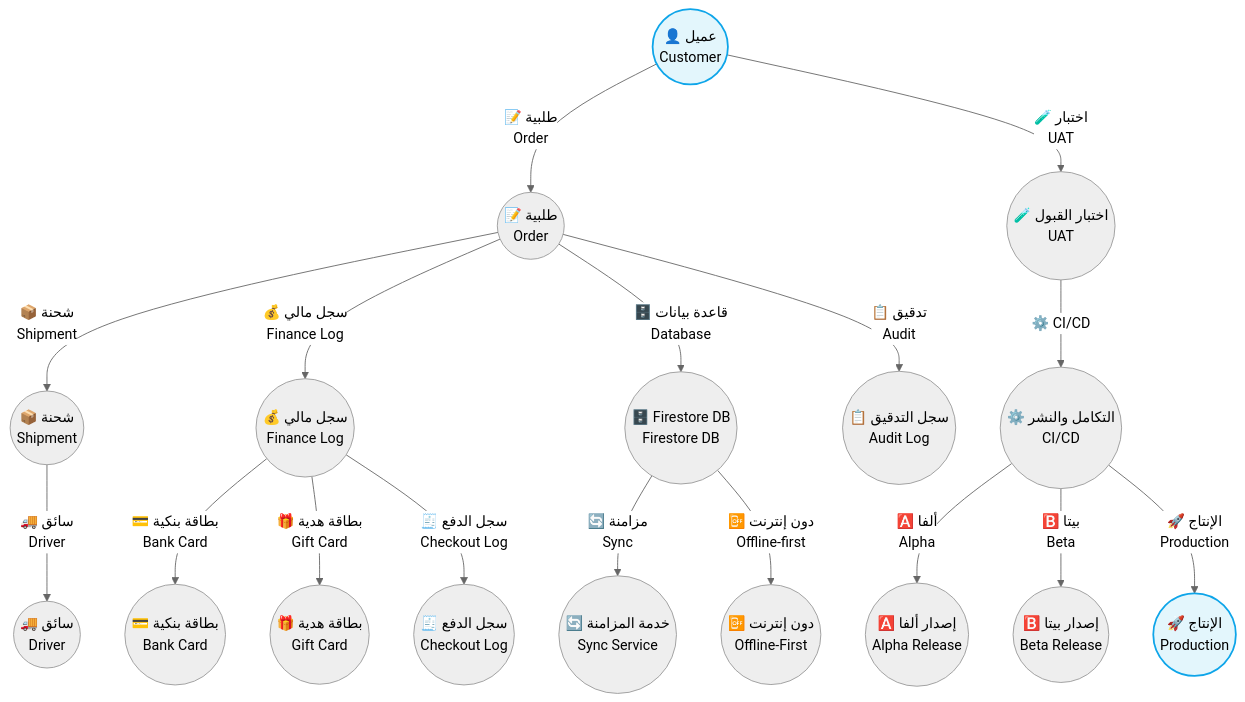
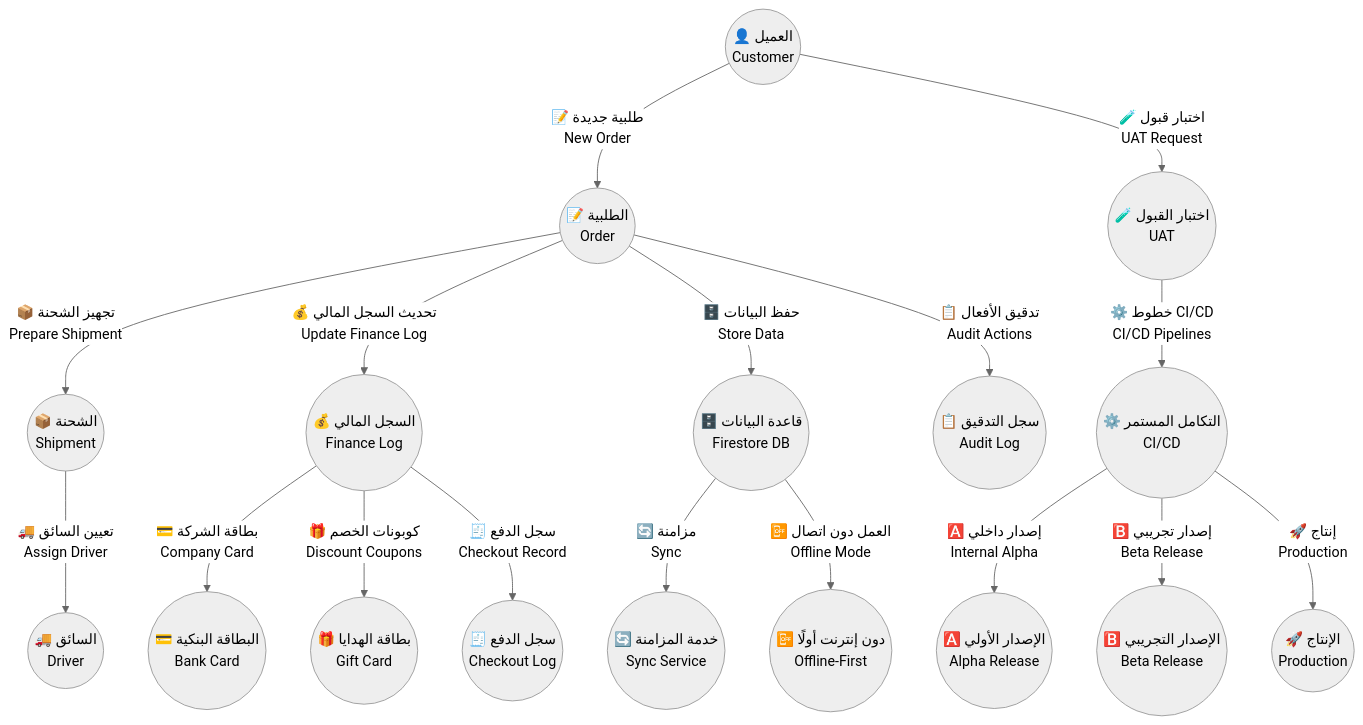
Before and after one commit to Ash69g/Documentation-Study: the first of 2 diagrams in README.md, drawn with Mermaid (neutral theme). The commit also changed other lines of this file and 15 other files, not shown here.

````diff
--- a/README.md
+++ b/README.md
@@ -31,24 +36,52 @@
 ```mermaid
 flowchart TD
-  %% استخدم \n للفصل بين العربية والإنجليزية داخل كل عقدة
-  Customer(("👤 عميل\nCustomer")) -->|📝 طلبية\nOrder| Order(("📝 طلبية\nOrder"))
-  Order -->|📦 شحنة\nShipment| Shipment(("📦 شحنة\nShipment"))
-  Order -->|💰 سجل مالي\nFinance Log| Finance(("💰 سجل مالي\nFinance Log"))
-  Shipment -->|🚚 سائق\nDriver| Driver(("🚚 سائق\nDriver"))
-  Finance -->|💳 بطاقة بنكية\nBank Card| Bank(("💳 بطاقة بنكية\nBank Card"))
-  Finance -->|🎁 بطاقة هدية\nGift Card| Gift(("🎁 بطاقة هدية\nGift Card"))
-  Finance -->|🧾 سجل الدفع\nCheckout Log| Checkout(("🧾 سجل الدفع\nCheckout Log"))
-  Order -->|🗄️ قاعدة بيانات\nDatabase| Firestore(("🗄️ Firestore DB\nFirestore DB"))
-  Firestore -->|🔄 مزامنة\nSync| Sync(("🔄 خدمة المزامنة\nSync Service"))
-  Firestore -->|📴 دون إنترنت\nOffline-first| Offline(("📴 دون إنترنت\nOffline-First"))
-  Order -->|📋 تدقيق\nAudit| Audit(("📋 سجل التدقيق\nAudit Log"))
-  Customer -->|🧪 اختبار\nUAT| UAT(("🧪 اختبار القبول\nUAT"))
-  UAT -->|⚙️ CI/CD| CI(("⚙️ التكامل والنشر\nCI/CD"))
-  CI -->|🅰️ ألفا\nAlpha| Alpha(("🅰️ إصدار ألفا\nAlpha Release"))
-  CI -->|🅱️ بيتا\nBeta| Beta(("🅱️ إصدار بيتا\nBeta Release"))
-  CI -->|🚀 الإنتاج\nProduction| Prod(("🚀 الإنتاج\nProduction"))
-
-  %% أنماط اختيارية
-  style Customer fill:#e3f6fc,stroke:#0ea5e9,stroke-width:2px
-  style Prod fill:#e3f6fc,stroke:#0ea5e9,stroke-width:2px
+  Customer((👤 العميل
+Customer)) -->|📝 طلبية جديدة
+New Order| Order((📝 الطلبية
+Order))
+  Order -->|📦 تجهيز الشحنة
+Prepare Shipment| Shipment((📦 الشحنة
+Shipment))
+  Order -->|💰 تحديث السجل المالي
+Update Finance Log| Finance((💰 السجل المالي
+Finance Log))
+  Shipment -->|🚚 تعيين السائق
+Assign Driver| Driver((🚚 السائق
+Driver))
+  Finance -->|💳 بطاقة الشركة
+Company Card| Bank((💳 البطاقة البنكية
+Bank Card))
+  Finance -->|🎁 كوبونات الخصم
+Discount Coupons| Gift((🎁 بطاقة الهدايا
+Gift Card))
+  Finance -->|🧾 سجل الدفع
+Checkout Record| Checkout((🧾 سجل الدفع
+Checkout Log))
+  Order -->|🗄️ حفظ البيانات
+Store Data| Firestore((🗄️ قاعدة البيانات
+Firestore DB))
+  Firestore -->|🔄 مزامنة
+Sync| Sync((🔄 خدمة المزامنة
+Sync Service))
+  Firestore -->|📴 العمل دون اتصال
+Offline Mode| Offline((📴 دون إنترنت أولًا
+Offline-First))
+  Order -->|📋 تدقيق الأفعال
+Audit Actions| Audit((📋 سجل التدقيق
+Audit Log))
+  Customer -->|🧪 اختبار قبول
+UAT Request| UAT((🧪 اختبار القبول
+UAT))
+  UAT -->|⚙️ خطوط CI/CD
+CI/CD Pipelines| CI((⚙️ التكامل المستمر
+CI/CD))
+  CI -->|🅰️ إصدار داخلي
+Internal Alpha| Alpha((🅰️ الإصدار الأولي
+Alpha Release))
+  CI -->|🅱️ إصدار تجريبي
+Beta Release| Beta((🅱️ الإصدار التجريبي
+Beta Release))
+  CI -->|🚀 إنتاج
+Production| Prod((🚀 الإنتاج
+Production))
 ```
````
